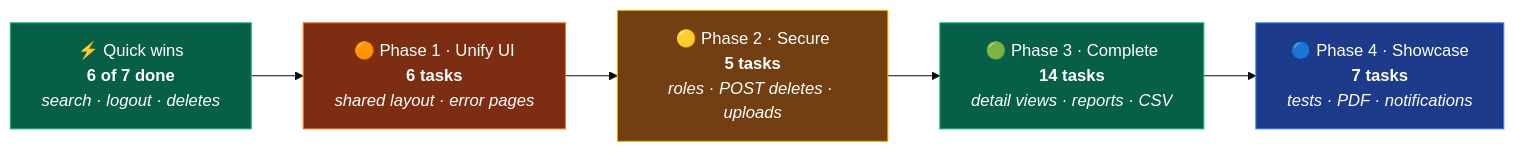
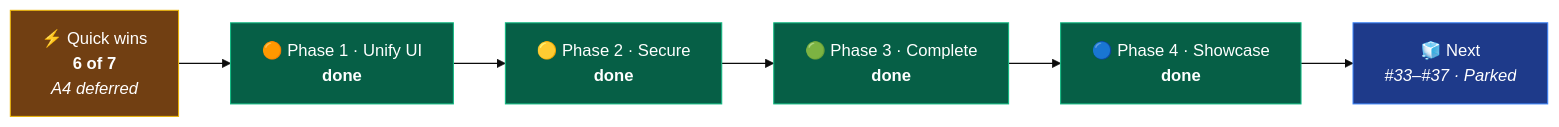
Before and after one commit to anurag-joshi-1403/StudentManagementSystem: the third of 3 diagrams in project_analysis.md, drawn with Mermaid (base theme). The commit also changed other lines of this file and 59 other files, not shown here.

First line of the commit message:
add stage F: notifications, activity log, PDFs, profile, user admin, tests and CI

````diff
--- a/project_analysis.md
+++ b/project_analysis.md
@@ -517,16 +438,18 @@
 ```mermaid
 flowchart LR
-    QW["⚡ Quick wins<br/><b>6 of 7 done</b><br/><i>search · logout · deletes</i>"]
-    P1["🟠 Phase 1 · Unify UI<br/><b>6 tasks</b><br/><i>shared layout · error pages</i>"]
-    P2["🟡 Phase 2 · Secure<br/><b>5 tasks</b><br/><i>roles · POST deletes · uploads</i>"]
-    P3["🟢 Phase 3 · Complete<br/><b>14 tasks</b><br/><i>detail views · reports · CSV</i>"]
-    P4["🔵 Phase 4 · Showcase<br/><b>7 tasks</b><br/><i>tests · PDF · notifications</i>"]
+    QW["⚡ Quick wins<br/><b>6 of 7</b><br/><i>A4 deferred</i>"]
+    P1["🟠 Phase 1 · Unify UI<br/><b>done</b>"]
+    P2["🟡 Phase 2 · Secure<br/><b>done</b>"]
+    P3["🟢 Phase 3 · Complete<br/><b>done</b>"]
+    P4["🔵 Phase 4 · Showcase<br/><b>done</b>"]
+    NX["🧊 Next<br/><i>#33–#37 · Parked</i>"]
 
-    QW --> P1 --> P2 --> P3 --> P4
+    QW --> P1 --> P2 --> P3 --> P4 --> NX
 
-    style QW fill:#065f46,stroke:#10b981,color:#fff
-    style P1 fill:#7c2d12,stroke:#f97316,color:#fff
-    style P2 fill:#713f12,stroke:#eab308,color:#fff
+    style QW fill:#713f12,stroke:#eab308,color:#fff
+    style P1 fill:#065f46,stroke:#10b981,color:#fff
+    style P2 fill:#065f46,stroke:#10b981,color:#fff
     style P3 fill:#065f46,stroke:#10b981,color:#fff
-    style P4 fill:#1e3a8a,stroke:#3b82f6,color:#fff
+    style P4 fill:#065f46,stroke:#10b981,color:#fff
+    style NX fill:#1e3a8a,stroke:#3b82f6,color:#fff
 ```
````
